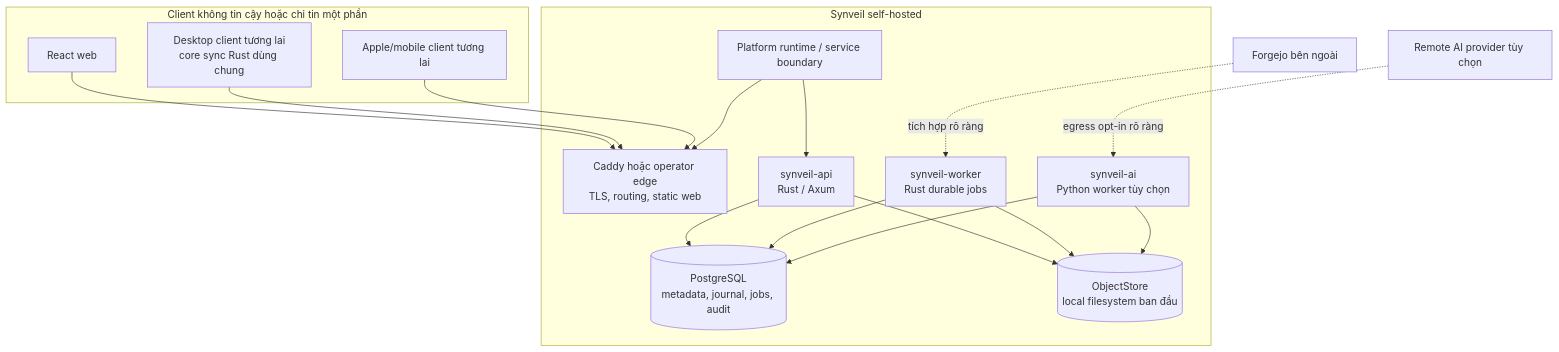
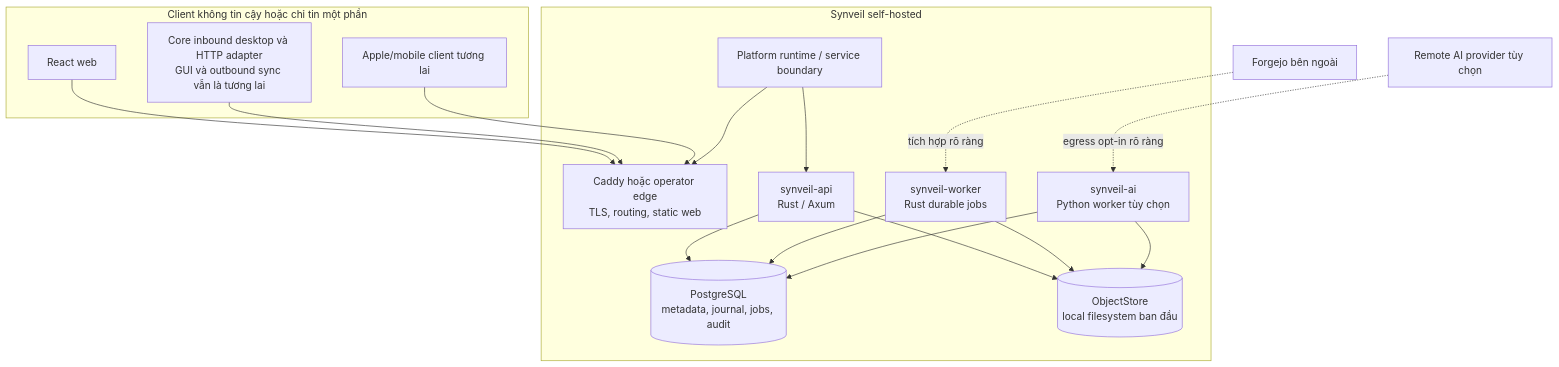
Before and after one commit to nghianguyen150612/Synveil: the first of 3 diagrams in docs/vi/ARCHITECTURE.md, drawn with Mermaid. The commit also changed other lines of this file and 113 other files, not shown here.

First line of the commit message:
feat: complete Synveil desktop sync foundation

````diff
--- a/docs/vi/ARCHITECTURE.md
+++ b/docs/vi/ARCHITECTURE.md
@@ -19,34 +19,34 @@
 ```mermaid
 flowchart TB
     subgraph Untrusted["Client không tin cậy hoặc chỉ tin một phần"]
         Web["React web"]
-        Desktop["Desktop client tương lai\ncore sync Rust dùng chung"]
+        Desktop["Core inbound desktop và HTTP adapter\nGUI và outbound sync vẫn là tương lai"]
         Mobile["Apple/mobile client tương lai"]
     end
 
     Web --> Edge
     Desktop --> Edge
     Mobile --> Edge
 
     subgraph Host["Synveil self-hosted"]
         Runtime["Platform runtime / service boundary"]
         Edge["Caddy hoặc operator edge\nTLS, routing, static web"]
         API["synveil-api\nRust / Axum"]
         Worker["synveil-worker\nRust durable jobs"]
         DB[("PostgreSQL\nmetadata, journal, jobs, audit")]
         Store[("ObjectStore\nlocal filesystem ban đầu")]
         AI["synveil-ai\nPython worker tùy chọn"]
 
         Runtime --> Edge
         Runtime --> API
         API --> DB
         API --> Store
         Worker --> DB
         Worker --> Store
         AI --> DB
         AI --> Store
     end
 
     Forgejo["Forgejo bên ngoài"] -. "tích hợp rõ ràng" .-> Worker
     RemoteAI["Remote AI provider tùy chọn"] -. "egress opt-in rõ ràng" .-> AI
 ```
````
